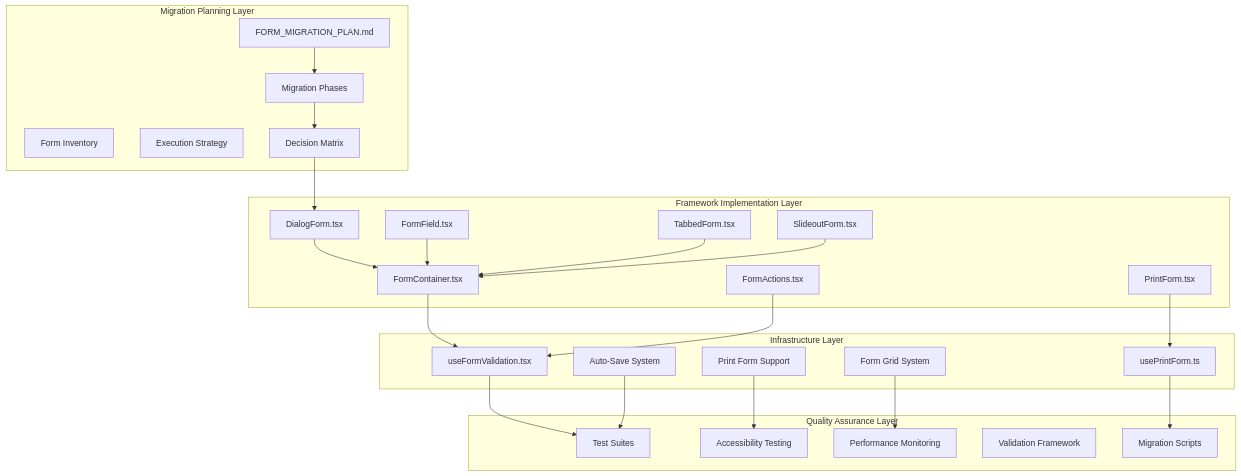
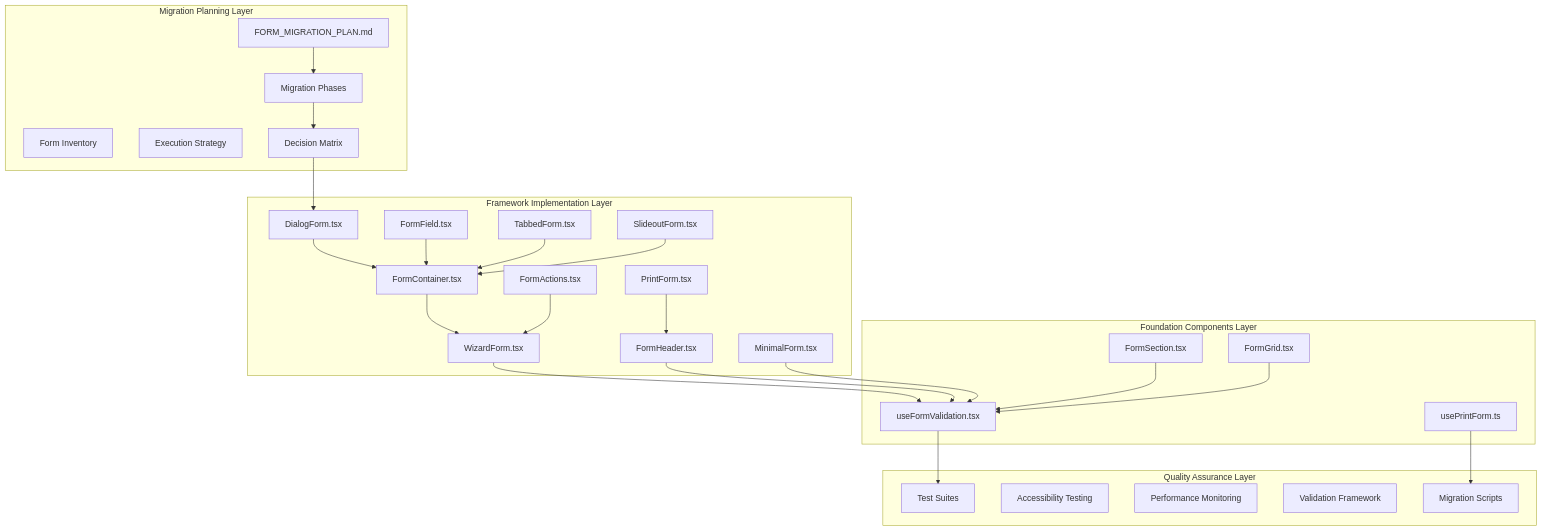
Before and after one commit to geniusdynamics/schoolpilot: the first of 10 diagrams in .qoder/repowiki/en/content/Development Tools & Scripts/Form Migration Plan.md, drawn with Mermaid. The commit also changed other lines of this file and 760 other files, not shown here.

````diff
--- a/.qoder/repowiki/en/content/Development Tools & Scripts/Form Migration Plan.md
+++ b/.qoder/repowiki/en/content/Development Tools & Scripts/Form Migration Plan.md
@@ -57,48 +62,52 @@
 ```mermaid
 graph TB
 subgraph "Migration Planning Layer"
 A[FORM_MIGRATION_PLAN.md]
 B[Migration Phases]
 C[Form Inventory]
 D[Execution Strategy]
 E[Decision Matrix]
 end
 subgraph "Framework Implementation Layer"
 F[DialogForm.tsx]
 G[FormField.tsx]
 H[TabbedForm.tsx]
 I[SlideoutForm.tsx]
 J[FormContainer.tsx]
 K[FormActions.tsx]
 L[PrintForm.tsx]
+M[WizardForm.tsx]
+N[FormHeader.tsx]
+O[MinimalForm.tsx]
 end
-subgraph "Infrastructure Layer"
-M[useFormValidation.tsx]
-N[usePrintForm.ts]
-O[Auto-Save System]
-P[Print Form Support]
-Q[Form Grid System]
+subgraph "Foundation Components Layer"
+P[FormSection.tsx]
+Q[FormGrid.tsx]
+R[useFormValidation.tsx]
+S[usePrintForm.ts]
 end
 subgraph "Quality Assurance Layer"
-R[Test Suites]
-S[Accessibility Testing]
-T[Performance Monitoring]
-U[Validation Framework]
-V[Migration Scripts]
+T[Test Suites]
+U[Accessibility Testing]
+V[Performance Monitoring]
+W[Validation Framework]
+X[Migration Scripts]
 end
 A --> B
 B --> E
 E --> F
 F --> J
 G --> J
 H --> J
 I --> J
 J --> M
 K --> M
 L --> N
 M --> R
-N --> V
+N --> R
 O --> R
-P --> S
-Q --> T
+P --> R
+Q --> R
+R --> T
+S --> X
 ```
````
